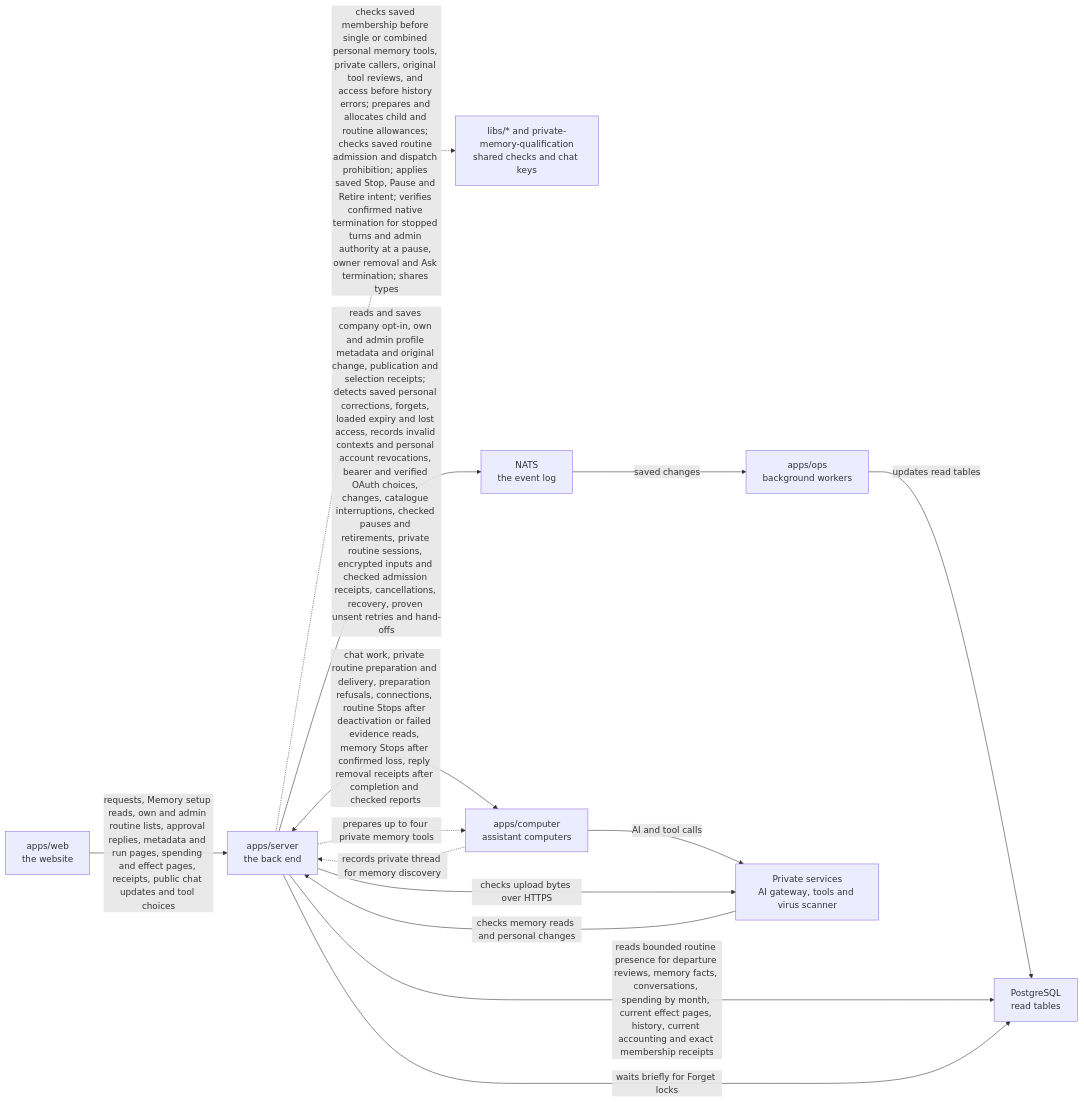
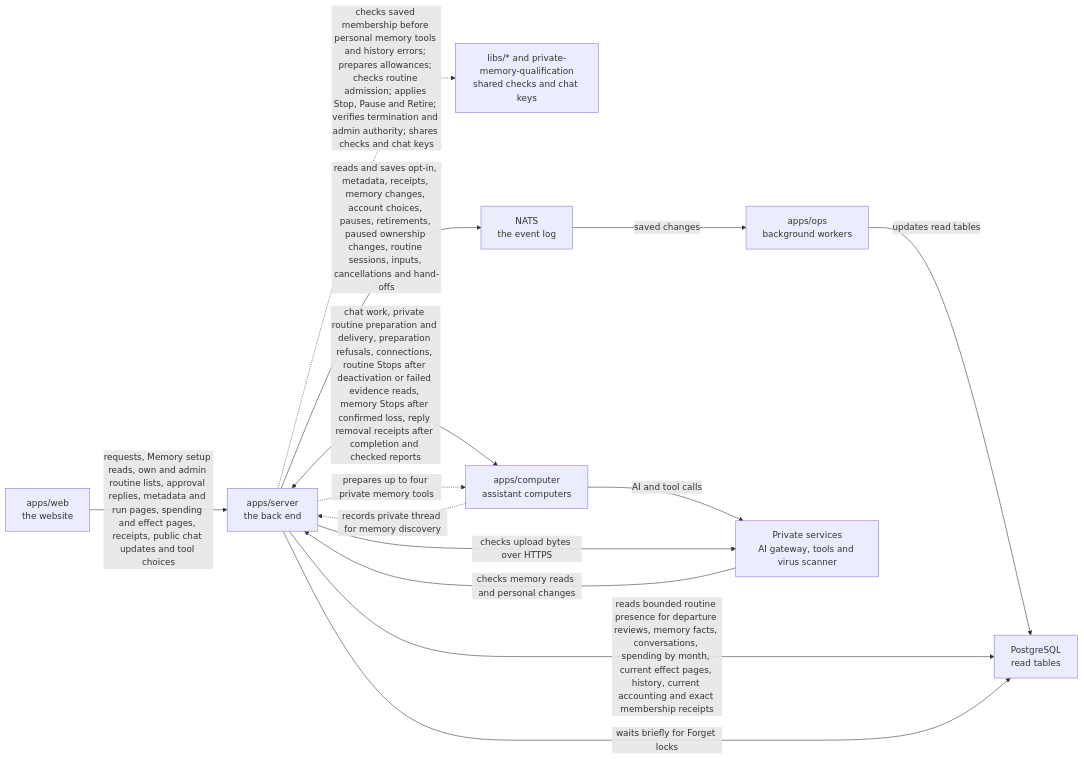
Before and after one commit to elewa-git/opencrane-new: the diagram in apps/server/README.md, drawn with Mermaid. The commit also changed other lines of this file and 6 other files, not shown here.

First line of the commit message:
🔁 A current admin can reassign a paused routine, and refusals and lost replies are handled safely (#837)

````diff
--- a/apps/server/README.md
+++ b/apps/server/README.md
@@ -169,16 +174,16 @@
 ```mermaid
 flowchart LR
   web["apps/web<br/>the website"] -->|requests, Memory setup reads, own and admin routine lists, approval replies, metadata and run pages, spending and effect pages, receipts, public chat updates and tool choices| server["apps/server<br/>the back end"]
-  server -.->|checks saved membership before single or combined personal memory tools, private callers, original tool reviews, and access before history errors; prepares and allocates child and routine allowances; checks saved routine admission and dispatch prohibition; applies saved Stop, Pause and Retire intent; verifies confirmed native termination for stopped turns and admin authority at a pause, owner removal and Ask termination; shares types| libs["libs/* and private-memory-qualification<br/>shared checks and chat keys"]
-  server -->|reads and saves company opt-in, own and admin profile metadata and original change, publication and selection receipts; detects saved personal corrections, forgets, loaded expiry and lost access, records invalid contexts and personal account revocations, bearer and verified OAuth choices, changes, catalogue interruptions, checked pauses and retirements, private routine sessions, encrypted inputs and checked admission receipts, cancellations, recovery, proven unsent retries and hand-offs| nats["NATS<br/>the event log"]
+  server -.->|checks saved membership before personal memory tools and history errors; prepares allowances; checks routine admission; applies Stop, Pause and Retire; verifies termination and admin authority; shares checks and chat keys| libs["libs/* and private-memory-qualification<br/>shared checks and chat keys"]
+  server -->|reads and saves opt-in, metadata, receipts, memory changes, account choices, pauses, retirements, paused ownership changes, routine sessions, inputs, cancellations and hand-offs| nats["NATS<br/>the event log"]
   nats -->|saved changes| ops["apps/ops<br/>background workers"]
   ops -->|updates read tables| postgres["PostgreSQL<br/>read tables"]
   server -->|reads bounded routine presence for departure reviews, memory facts, conversations, spending by month, current effect pages, history, current accounting and exact membership receipts| postgres
   server -->|waits briefly for Forget locks| postgres
   server <-->|chat work, private routine preparation and delivery, preparation refusals, connections, routine Stops after deactivation or failed evidence reads, memory Stops after confirmed loss, reply removal receipts after completion and checked reports| computer["apps/computer<br/>assistant computers"]
   computer -.->|records private thread for memory discovery| server
   server -.->|prepares up to four private memory tools| computer
   computer -->|AI and tool calls| runtime["Private services<br/>AI gateway, tools and virus scanner"]
   server -->|checks upload bytes over HTTPS| runtime
   runtime -->|checks memory reads and personal changes| server
 ```
````
